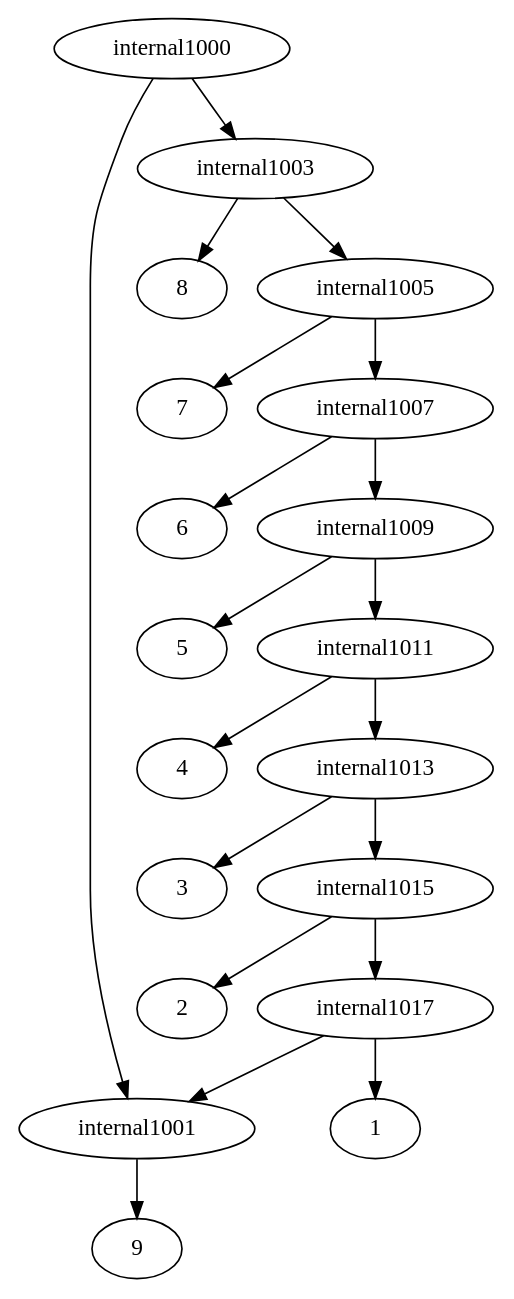
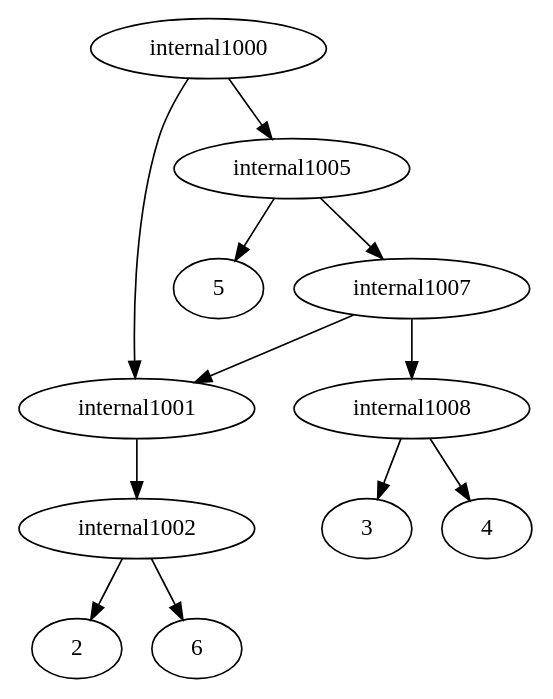
The diagram in New/Server/upload.dot (solislemuslab/phylo-knit), drawn with Graphviz before and after one commit. The commit also changed 22 other files, not shown here.

```diff
--- a/New/Server/upload.dot
+++ b/New/Server/upload.dot
@@ -1,22 +1,16 @@
 strict digraph G1 {
 internal1000 -> internal1001
-internal1000 -> internal1003
-internal1001 -> 9
-internal1003 -> 8
-internal1003 -> internal1005
-internal1005 -> 7
+internal1000 -> internal1005
+internal1001 -> internal1002
+internal1002 -> 2
+internal1002 -> 6
+internal1005 -> 5
 internal1005 -> internal1007
-internal1007 -> 6
-internal1007 -> internal1009
-internal1009 -> 5
-internal1009 -> internal1011
-internal1011 -> 4
-internal1011 -> internal1013
-internal1013 -> 3
-internal1013 -> internal1015
-internal1015 -> 2
-internal1015 -> internal1017
-internal1017 -> 1
-internal1017 -> internal1001
-internal1001 -> 9
+internal1007 -> internal1008
+internal1007 -> internal1001
+internal1008 -> 3
+internal1008 -> 4
+internal1001 -> internal1002
+internal1002 -> 2
+internal1002 -> 6
 }
```
